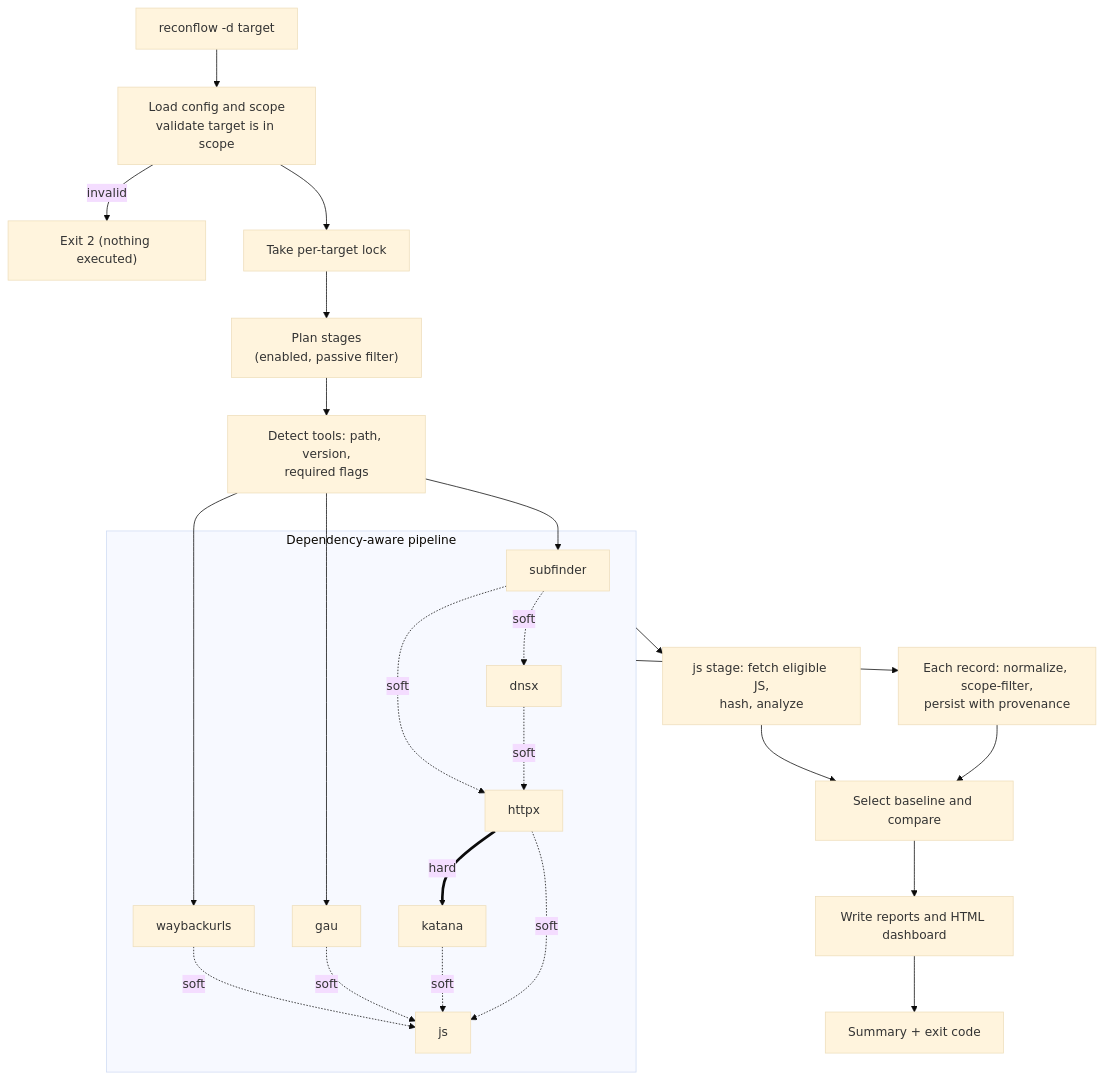
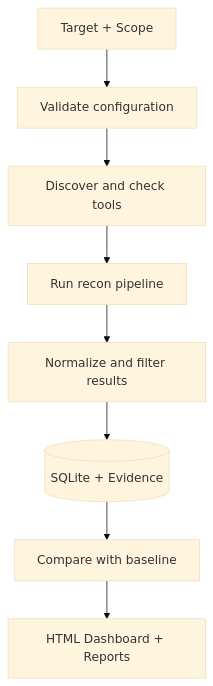
Before and after one commit to AboudAdmin/reconflow: the diagram in README.md, drawn with Mermaid (base theme). The commit also changed other lines of this file, not shown here.

````diff
--- a/README.md
+++ b/README.md
@@ -80,29 +27,10 @@
 ```mermaid
 flowchart TD
-    A["reconflow -d target"] --> B["Load config and scope<br/>validate target is in scope"]
-    B -->|invalid| X["Exit 2 (nothing executed)"]
-    B --> C["Take per-target lock"]
-    C --> D["Plan stages<br/>(enabled, passive filter)"]
-    D --> E["Detect tools: path, version,<br/>required flags"]
-    E --> S1
-    subgraph F["Dependency-aware pipeline"]
-      S1[subfinder] -.soft.-> S2[dnsx]
-      S2 -.soft.-> S3[httpx]
-      S1 -.soft.-> S3
-      S3 ==hard==> S4[katana]
-      G[gau]
-      W[waybackurls]
-      S3 -.soft.-> J[js]
-      S4 -.soft.-> J
-      G -.soft.-> J
-      W -.soft.-> J
-    end
-    E --> G
-    E --> W
-    F --> H["Each record: normalize, scope-filter,<br/>persist with provenance"]
-    F --> I["js stage: fetch eligible JS,<br/>hash, analyze"]
-    H --> K["Select baseline and compare"]
-    I --> K
-    K --> L["Write reports and HTML dashboard"]
-    L --> M["Summary + exit code"]
+    A["Target + Scope"] --> B["Validate configuration"]
+    B --> C["Discover and check tools"]
+    C --> D["Run recon pipeline"]
+    D --> E["Normalize and filter results"]
+    E --> F[("SQLite + Evidence")]
+    F --> G["Compare with baseline"]
+    G --> H["HTML Dashboard + Reports"]
 ```
````
